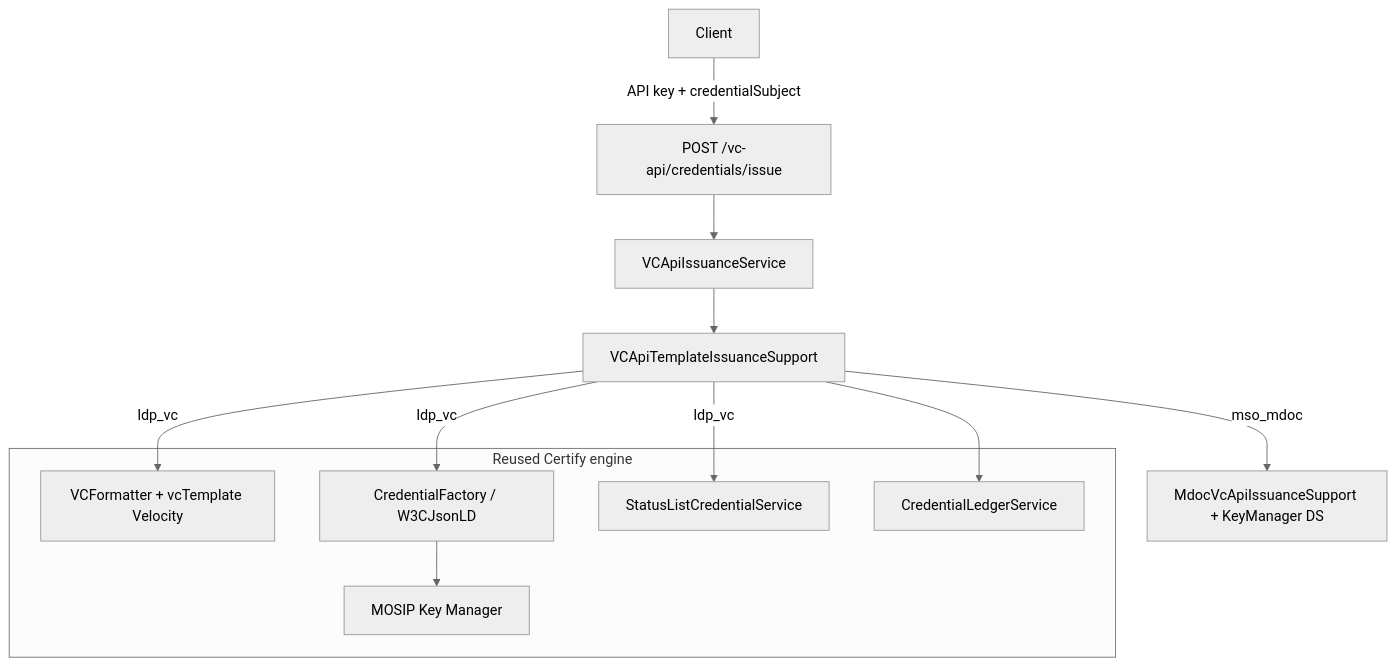
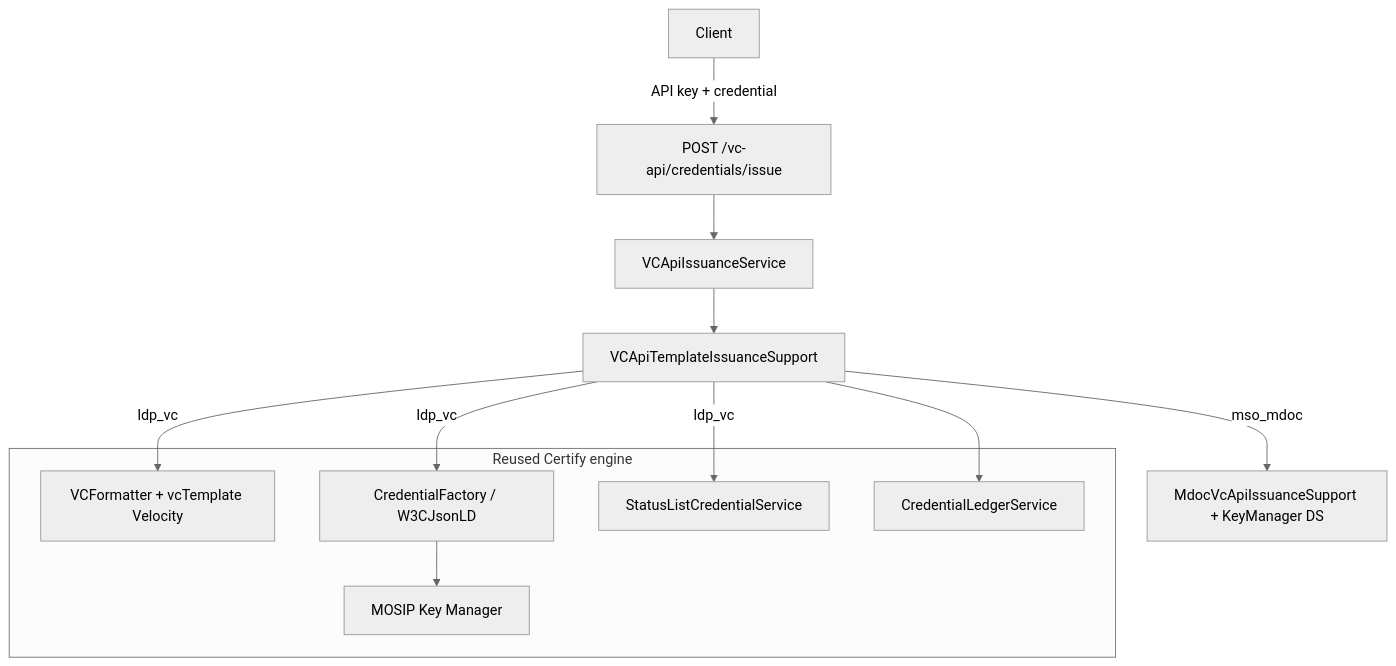
The first of 2 diagrams in docs/W3C-VC-API-Support.md (ooru-digital/inji-certify), drawn with Mermaid (neutral theme) before and after one commit. The commit also changed other lines of this file and 26 other files, not shown here.

````diff
--- a/docs/W3C-VC-API-Support.md
+++ b/docs/W3C-VC-API-Support.md
@@ -106,23 +124,23 @@
 ```mermaid
 flowchart TB
     Client[Client]
     VCAPI["POST /vc-api/credentials/issue"]
     VAS[VCApiIssuanceService]
     Support[VCApiTemplateIssuanceSupport]
 
     subgraph engine [Reused Certify engine]
         VF[VCFormatter + vcTemplate Velocity]
         CF[CredentialFactory / W3CJsonLD]
         ST[StatusListCredentialService]
         LD[CredentialLedgerService]
         KM[MOSIP Key Manager]
     end
 
-    Client -->|"API key + credentialSubject"| VCAPI --> VAS --> Support
+    Client -->|"API key + credential"| VCAPI --> VAS --> Support
     Support -->|ldp_vc| VF
     Support -->|ldp_vc| ST
     Support -->|ldp_vc| CF
     CF --> KM
     Support --> LD
     Support -->|mso_mdoc| MdocPath[MdocVcApiIssuanceSupport + KeyManager DS]
 ```
````
